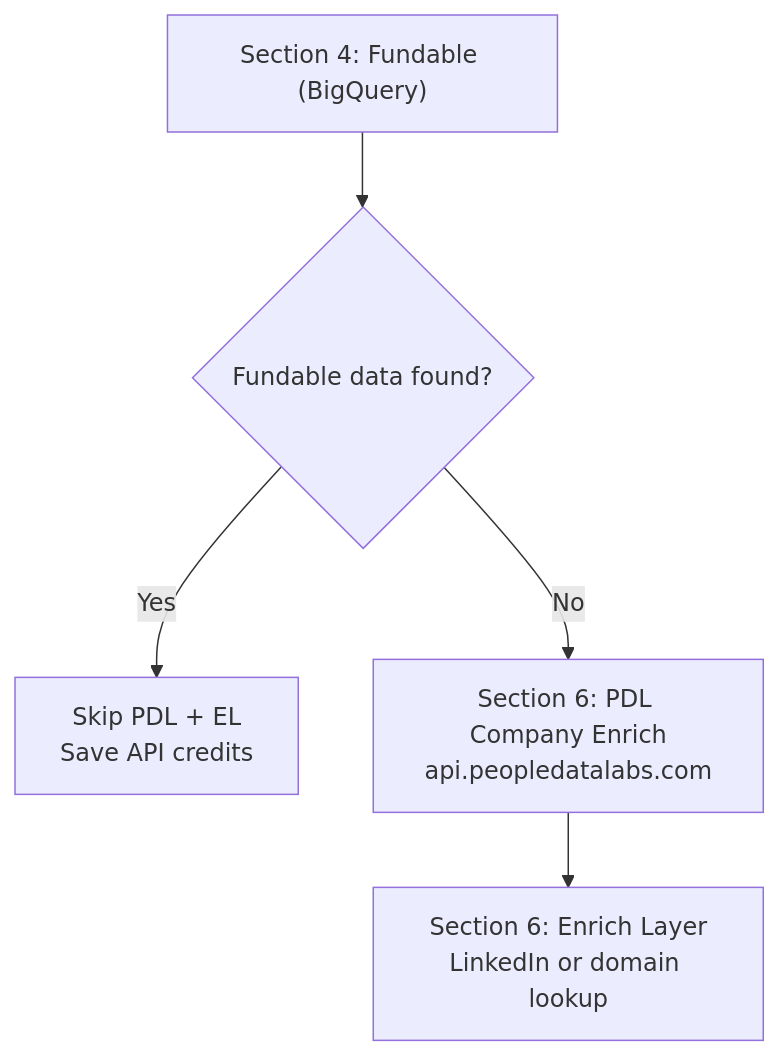
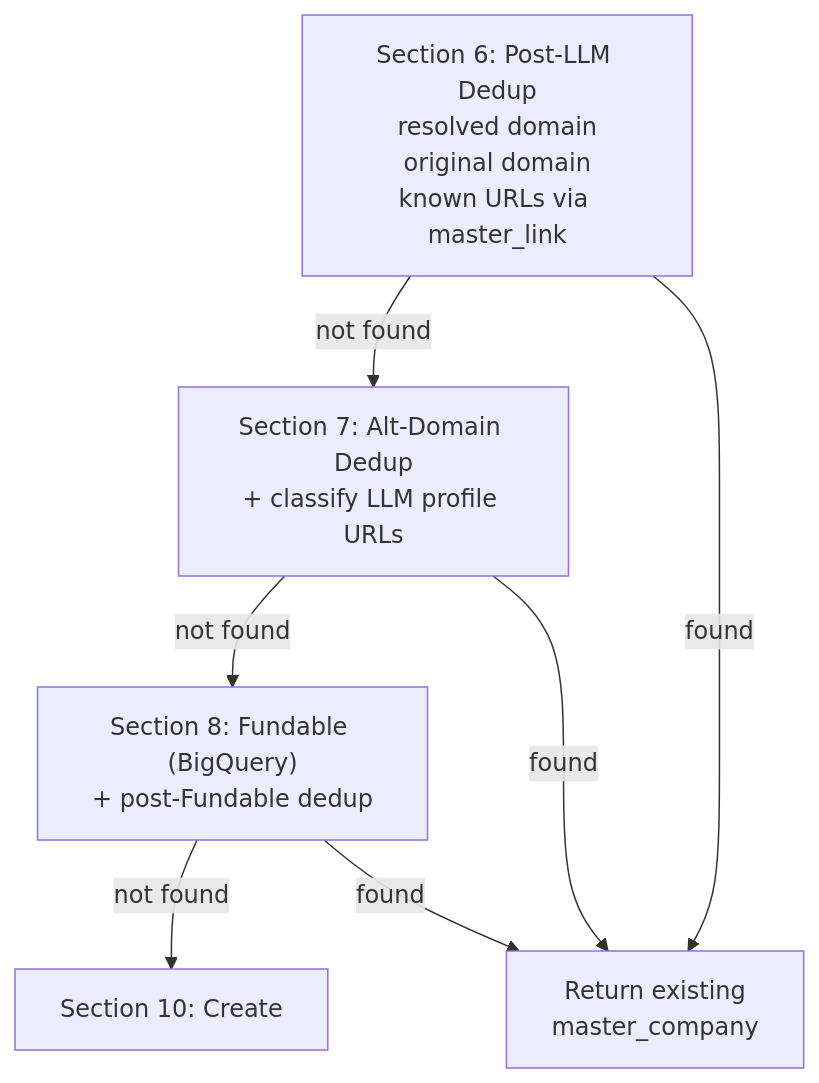
The third of 5 diagrams in guides/enrichment/waterfall/company-enrichment-phases.mdx (M-Pederson/docs), drawn with Mermaid before and after one commit. The commit also changed other lines of this file and 2 other files, not shown here.

````diff
--- a/guides/enrichment/waterfall/company-enrichment-phases.mdx
+++ b/guides/enrichment/waterfall/company-enrichment-phases.mdx
@@ -81,7 +87,10 @@
 ```mermaid
 graph TD
-    A["Section 4: Fundable (BigQuery)"] --> B{Fundable data found?}
-    B -->|Yes| C["Skip PDL + EL<br/>Save API credits"]
-    B -->|No| D["Section 6: PDL Company Enrich<br/>api.peopledatalabs.com"]
-    D --> E["Section 6: Enrich Layer<br/>LinkedIn or domain lookup"]
+    A["Section 6: Post-LLM Dedup<br/>resolved domain<br/>original domain<br/>known URLs via master_link"] -->|not found| B
+    B["Section 7: Alt-Domain Dedup<br/>+ classify LLM profile URLs"] -->|not found| C
+    C["Section 8: Fundable (BigQuery)<br/>+ post-Fundable dedup"] -->|not found| D["Section 10: Create"]
+
+    A -->|found| R["Return existing<br/>master_company"]
+    B -->|found| R
+    C -->|found| R
 ```
````
